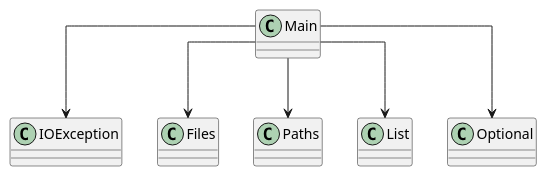
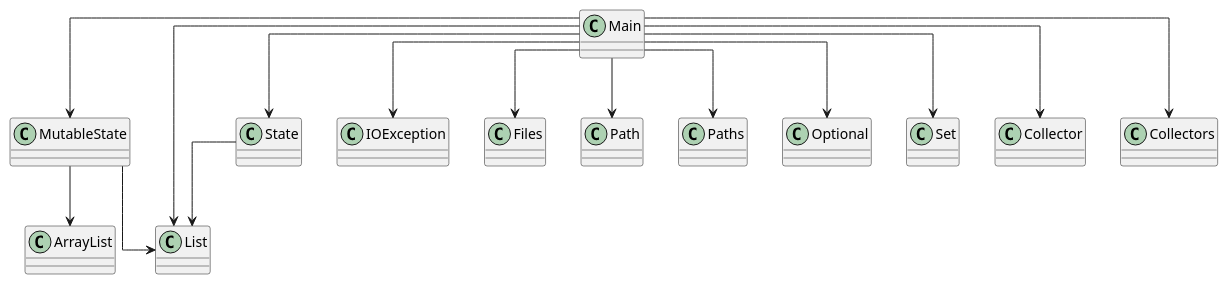
The diagram in diagram.puml (SirMathhman/Magma), drawn with PlantUML before and after one commit. The commit also changed 3 other files, not shown here.

```diff
--- a/diagram.puml
+++ b/diagram.puml
@@ -1,10 +1,21 @@
 @startuml
 skinparam linetype ortho
+class MutableState
+MutableState --> ArrayList
+MutableState --> List
 class Main
+Main --> MutableState
+Main --> State
 Main --> IOException
 Main --> Files
+Main --> Path
 Main --> Paths
 Main --> List
 Main --> Optional
+Main --> Set
+Main --> Collector
+Main --> Collectors
+class State
+State --> List
 
 @enduml
```
